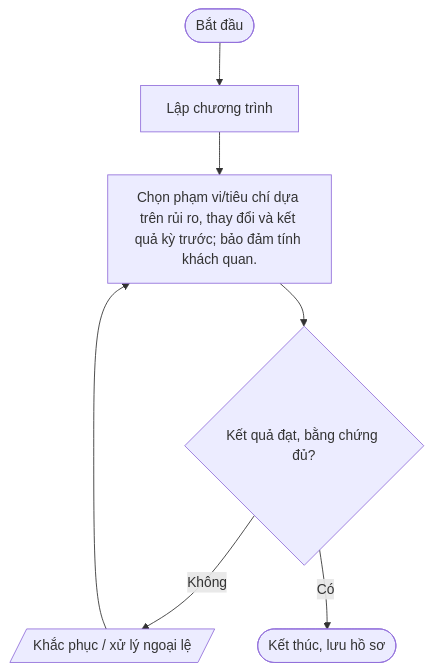
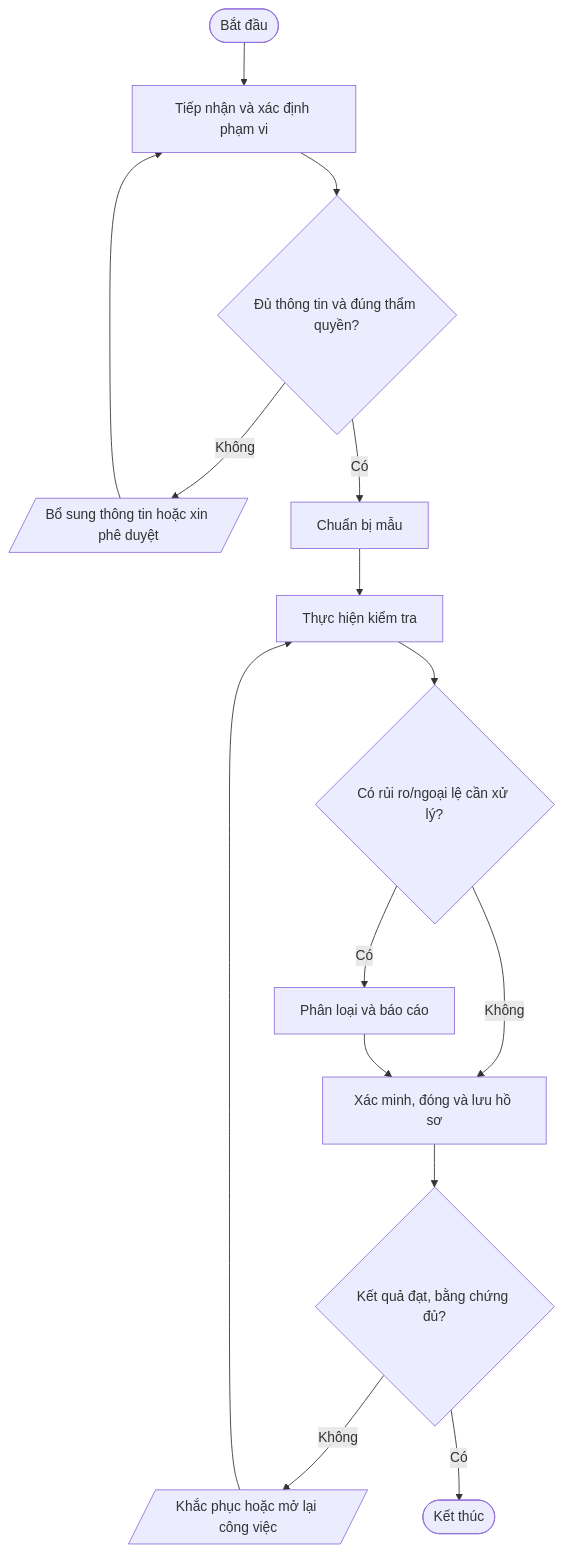
One commit to daoaigiangnam/Quy_Trinh_Chuan changed the sixth of 7 diagrams in quy-trinh/01-Quan-tri-ISMS/README.md. Above: the diagram before and after it, drawn with Mermaid. The commit also changed other lines of this file, not shown here.

Commit message:
docs: refine detailed procedure steps and Mermaid flowcharts

````diff
--- a/quy-trinh/01-Quan-tri-ISMS/README.md
+++ b/quy-trinh/01-Quan-tri-ISMS/README.md
@@ -400,11 +493,17 @@
 ```mermaid
 flowchart TD
-  A([Bắt đầu]) --> S1
-  S1["Lập chương trình"]
-  S2["Chọn phạm vi/tiêu chí dựa trên rủi ro, thay đổi và kết quả kỳ trước; bảo đảm tính khách quan."]
-  S1 --> S2
-  S2 --> D2{"Kết quả đạt, bằng chứng đủ?"}
-  D2 -- Không --> REWORK[/"Khắc phục / xử lý ngoại lệ"/]
-  REWORK --> S2
-  D2 -- Có --> Z([Kết thúc, lưu hồ sơ])
+  A([Bắt đầu]) --> S1["Tiếp nhận và xác định phạm vi"]
+  S1 --> D1{"Đủ thông tin và đúng thẩm quyền?"}
+  D1 -- Không --> F1[/"Bổ sung thông tin hoặc xin phê duyệt"/]
+  F1 --> S1
+  D1 -- Có --> S2["Chuẩn bị mẫu"]
+  S2 --> S3["Thực hiện kiểm tra"]
+  S3 --> D2{"Có rủi ro/ngoại lệ cần xử lý?"}
+  D2 -- Có --> S4["Phân loại và báo cáo"]
+  D2 -- Không --> S5["Xác minh, đóng và lưu hồ sơ"]
+  S4 --> S5
+  S5 --> D3{"Kết quả đạt, bằng chứng đủ?"}
+  D3 -- Không --> R[/"Khắc phục hoặc mở lại công việc"/]
+  R --> S3
+  D3 -- Có --> Z([Kết thúc])
 ```
````
